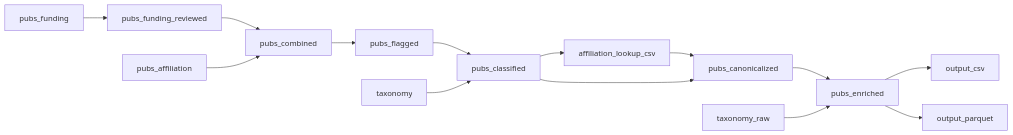
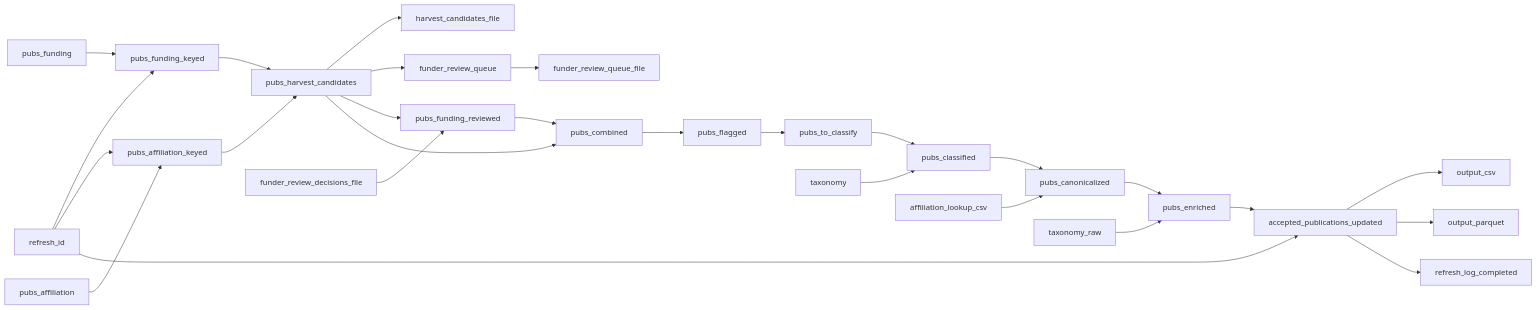
One commit to lucy-dwr/dwr-pub-inventory changed the first of 2 diagrams in PLAN.md. Above: the diagram before and after it, drawn with Mermaid. The commit also changed other lines of this file and 4 other files, not shown here.

Commit message:
Document refresh and manual review workflow

````diff
--- a/PLAN.md
+++ b/PLAN.md
@@ -57,16 +85,29 @@
 ```mermaid
 flowchart LR
-    pubs_funding   --> pubs_funding_reviewed
+    refresh_id --> pubs_funding_keyed
+    refresh_id --> pubs_affiliation_keyed
+    pubs_funding  --> pubs_funding_keyed
+    pubs_affiliation --> pubs_affiliation_keyed
+    pubs_funding_keyed --> pubs_harvest_candidates
+    pubs_affiliation_keyed --> pubs_harvest_candidates
+    pubs_harvest_candidates --> harvest_candidates_file
+    pubs_harvest_candidates --> funder_review_queue
+    funder_review_queue --> funder_review_queue_file
+    pubs_harvest_candidates --> pubs_funding_reviewed
+    funder_review_decisions_file --> pubs_funding_reviewed
     pubs_funding_reviewed --> pubs_combined
-    pubs_affiliation --> pubs_combined
-    pubs_combined    --> pubs_flagged
-    pubs_flagged     --> pubs_classified
-    taxonomy         --> pubs_classified
-    pubs_classified  --> affiliation_lookup_csv
+    pubs_harvest_candidates --> pubs_combined
+    pubs_combined --> pubs_flagged
+    pubs_flagged --> pubs_to_classify
+    pubs_to_classify --> pubs_classified
+    taxonomy --> pubs_classified
+    pubs_classified --> pubs_canonicalized
     affiliation_lookup_csv --> pubs_canonicalized
-    pubs_classified  --> pubs_canonicalized
     pubs_canonicalized --> pubs_enriched
-    taxonomy_raw       --> pubs_enriched
-    pubs_enriched --> output_csv
-    pubs_enriched --> output_parquet
+    taxonomy_raw --> pubs_enriched
+    pubs_enriched --> accepted_publications_updated
+    refresh_id --> accepted_publications_updated
+    accepted_publications_updated --> output_csv
+    accepted_publications_updated --> output_parquet
+    accepted_publications_updated --> refresh_log_completed
 ```
````
